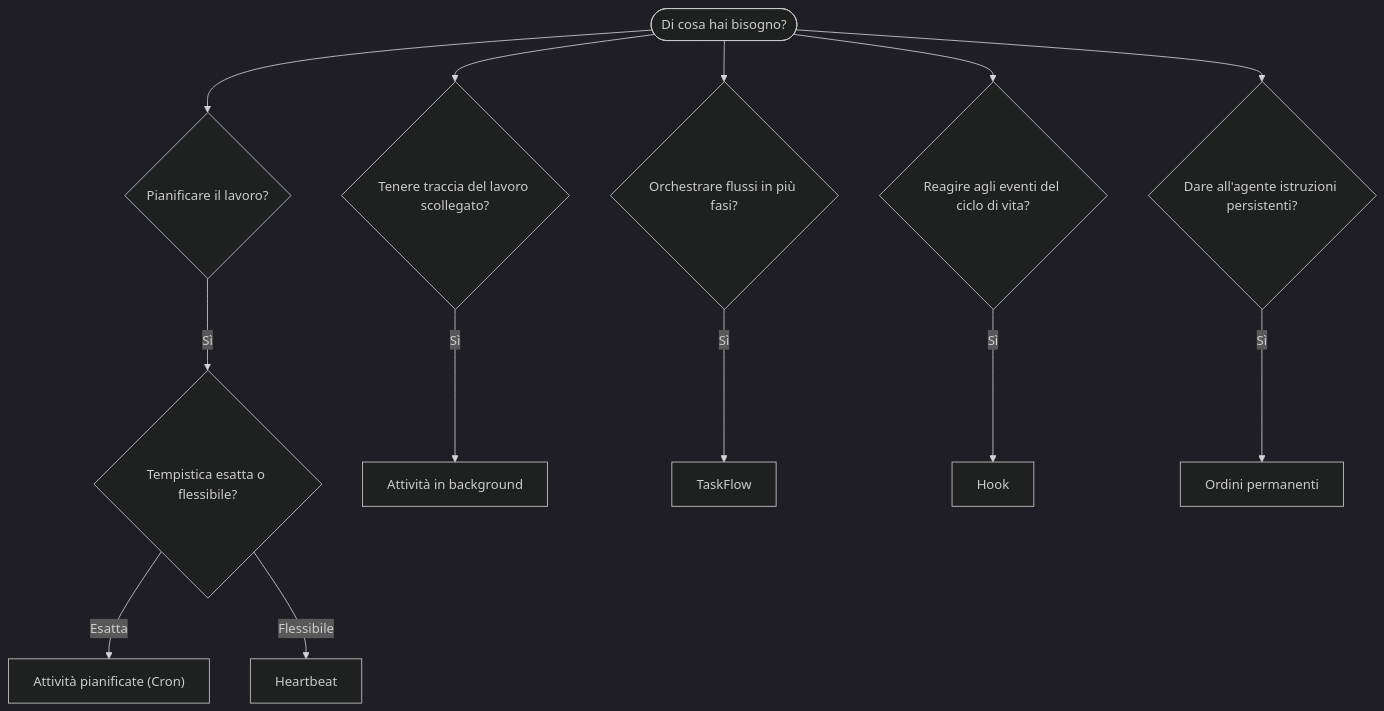
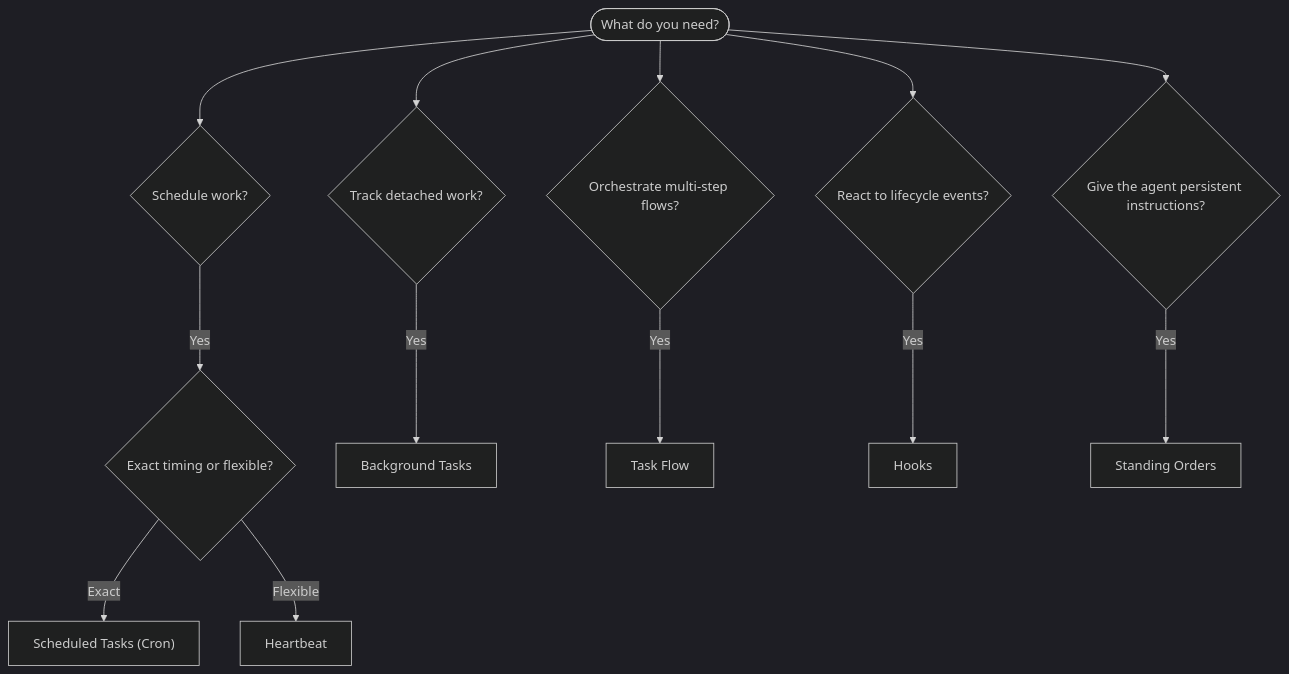
The diagram in docs/it/automation/index.md (daichangya/openclaw-docs), drawn with Mermaid (dark theme) before and after one commit. The commit also changed other lines of this file and 142 other files, not shown here.

````diff
--- a/docs/it/automation/index.md
+++ b/docs/it/automation/index.md
@@ -21,17 +21,17 @@
 ```mermaid
 flowchart TD
-    START([Di cosa hai bisogno?]) --> Q1{Pianificare il lavoro?}
-    START --> Q2{Tenere traccia del lavoro scollegato?}
-    START --> Q3{Orchestrare flussi in più fasi?}
-    START --> Q4{Reagire agli eventi del ciclo di vita?}
-    START --> Q5{Dare all'agente istruzioni persistenti?}
+    START([What do you need?]) --> Q1{Schedule work?}
+    START --> Q2{Track detached work?}
+    START --> Q3{Orchestrate multi-step flows?}
+    START --> Q4{React to lifecycle events?}
+    START --> Q5{Give the agent persistent instructions?}
 
-    Q1 -->|Sì| Q1a{Tempistica esatta o flessibile?}
-    Q1a -->|Esatta| CRON["Attività pianificate (Cron)"]
-    Q1a -->|Flessibile| HEARTBEAT[Heartbeat]
+    Q1 -->|Yes| Q1a{Exact timing or flexible?}
+    Q1a -->|Exact| CRON["Scheduled Tasks (Cron)"]
+    Q1a -->|Flexible| HEARTBEAT[Heartbeat]
 
-    Q2 -->|Sì| TASKS[Attività in background]
-    Q3 -->|Sì| FLOW[TaskFlow]
-    Q4 -->|Sì| HOOKS[Hook]
-    Q5 -->|Sì| SO[Ordini permanenti]
+    Q2 -->|Yes| TASKS[Background Tasks]
+    Q3 -->|Yes| FLOW[Task Flow]
+    Q4 -->|Yes| HOOKS[Hooks]
+    Q5 -->|Yes| SO[Standing Orders]
 ```
````
